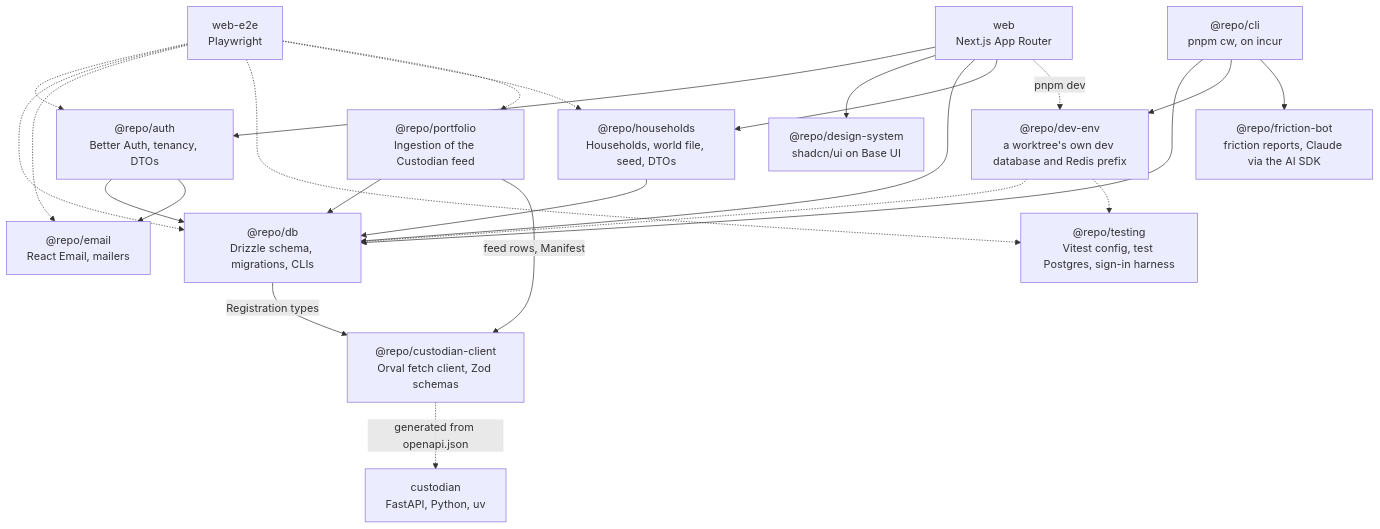
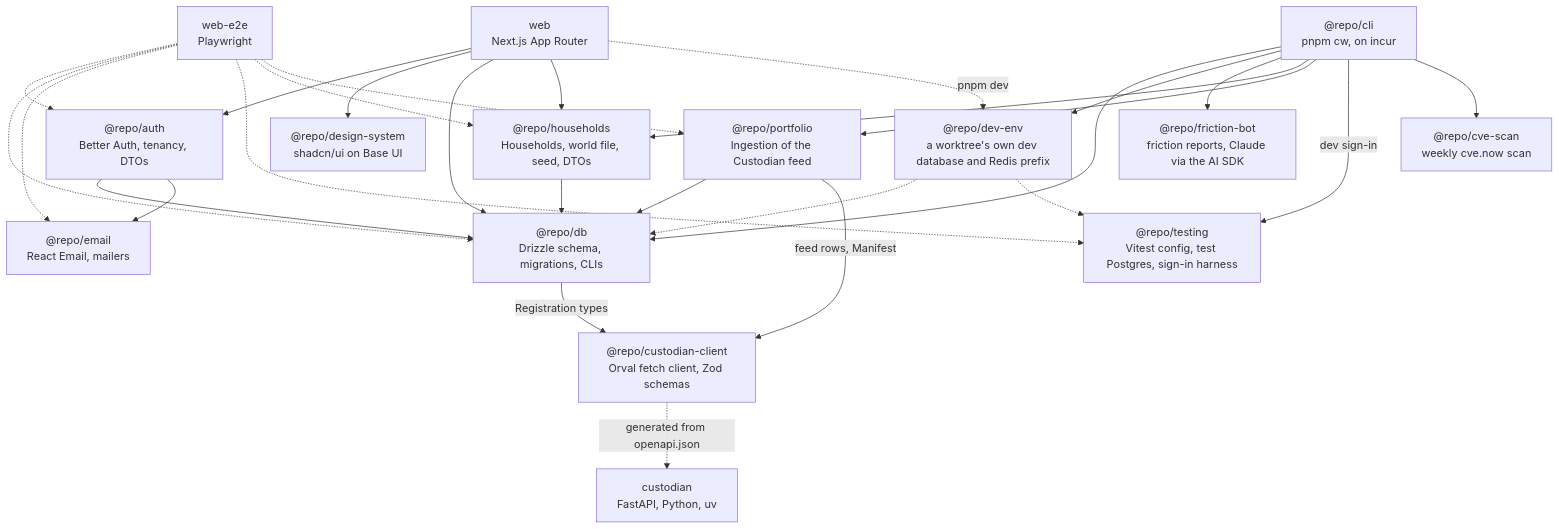
One commit to m0t0r/cognitive-wealth changed the diagram in docs/diagrams/packages.mmd. Above: the diagram before and after it, drawn with Mermaid. The commit also changed 18 other files, not shown here.

```diff
--- a/docs/diagrams/packages.mmd
+++ b/docs/diagrams/packages.mmd
@@ -1,43 +1,48 @@
 flowchart TB
   web["web<br/>Next.js App Router"]
   e2e["web-e2e<br/>Playwright"]
   auth["@repo/auth<br/>Better Auth, tenancy, DTOs"]
   ds["@repo/design-system<br/>shadcn/ui on Base UI"]
   db["@repo/db<br/>Drizzle schema, migrations, CLIs"]
   email["@repo/email<br/>React Email, mailers"]
   households["@repo/households<br/>Households, world file, seed, DTOs"]
   portfolio["@repo/portfolio<br/>Ingestion of the Custodian feed"]
   testing["@repo/testing<br/>Vitest config, test Postgres, sign-in harness"]
   devenv["@repo/dev-env<br/>a worktree's own dev database and Redis prefix"]
   cli["@repo/cli<br/>pnpm cw, on incur"]
   friction["@repo/friction-bot<br/>friction reports, Claude via the AI SDK"]
+  cvescan["@repo/cve-scan<br/>weekly cve.now scan"]
   custodian["custodian<br/>FastAPI, Python, uv"]
   client["@repo/custodian-client<br/>Orval fetch client, Zod schemas"]
 
   web --> auth
   web --> ds
   web --> db
   web --> households
   auth --> db
   auth --> email
   households --> db
   portfolio --> db
   portfolio -->|"feed rows, Manifest"| client
   db -->|"Registration types"| client
 
   e2e -.-> auth
   e2e -.-> db
   e2e -.-> email
   e2e -.-> testing
   e2e -.-> households
   e2e -.-> portfolio
 
   web -.->|"pnpm dev"| devenv
   devenv -.-> db
   devenv -.-> testing
 
   cli --> db
   cli --> devenv
   cli --> friction
+  cli --> households
+  cli --> portfolio
+  cli -->|"dev sign-in"| testing
+  cli --> cvescan
 
   client -.->|"generated from openapi.json"| custodian
```
